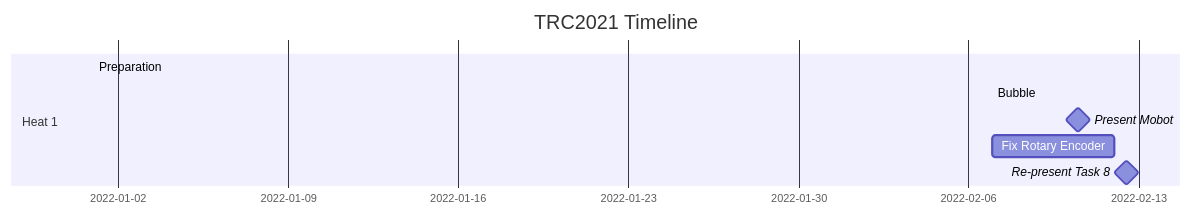
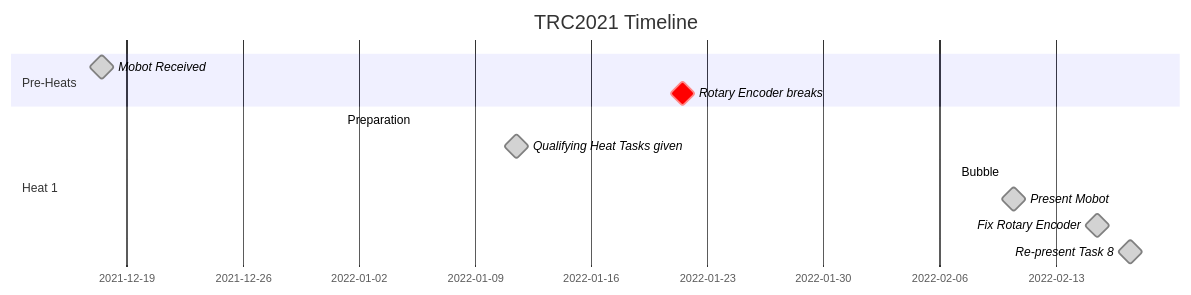
One commit to AthereoAndromeda/trc2021-mobot changed the diagram in README.md. Above: the diagram before and after it, drawn with Mermaid.

````diff
--- a/README.md
+++ b/README.md
@@ -45,13 +45,20 @@
 ```mermaid
 gantt
 dateFormat YYY-MM-DD
 title TRC2021 Timeline
 
+section Pre-Heats
+
+Mobot Received          : done, milestone, 2021-12-17, 1d
+Rotary Encoder breaks   : crit, milestone, 2022-01-21, 1d
+
+
 section Heat 1
 
-Preparation             : des1, 2022-01-01,2022-02-06
+Preparation             : des1, 2022-01-01, 2022-02-06
+Qualifying Heat Tasks given : done, milestone, 2022-01-11, 1d
 Bubble                  : des2, 2022-02-07, 2022-02-11
-Present Mobot           : milestone, des3, 2022-02-10, 1d
-Fix Rotary Encoder      : des4, after des2, 5d
-Re-present Task 8       : milestone, des5, after des4, 1d
+Present Mobot           : done, milestone, 2022-02-10, 1d
+Fix Rotary Encoder      : done, milestone, 2022-02-15, 1d
+Re-present Task 8       : done, milestone, des5, 2022-02-17, 1d
 ```
````
